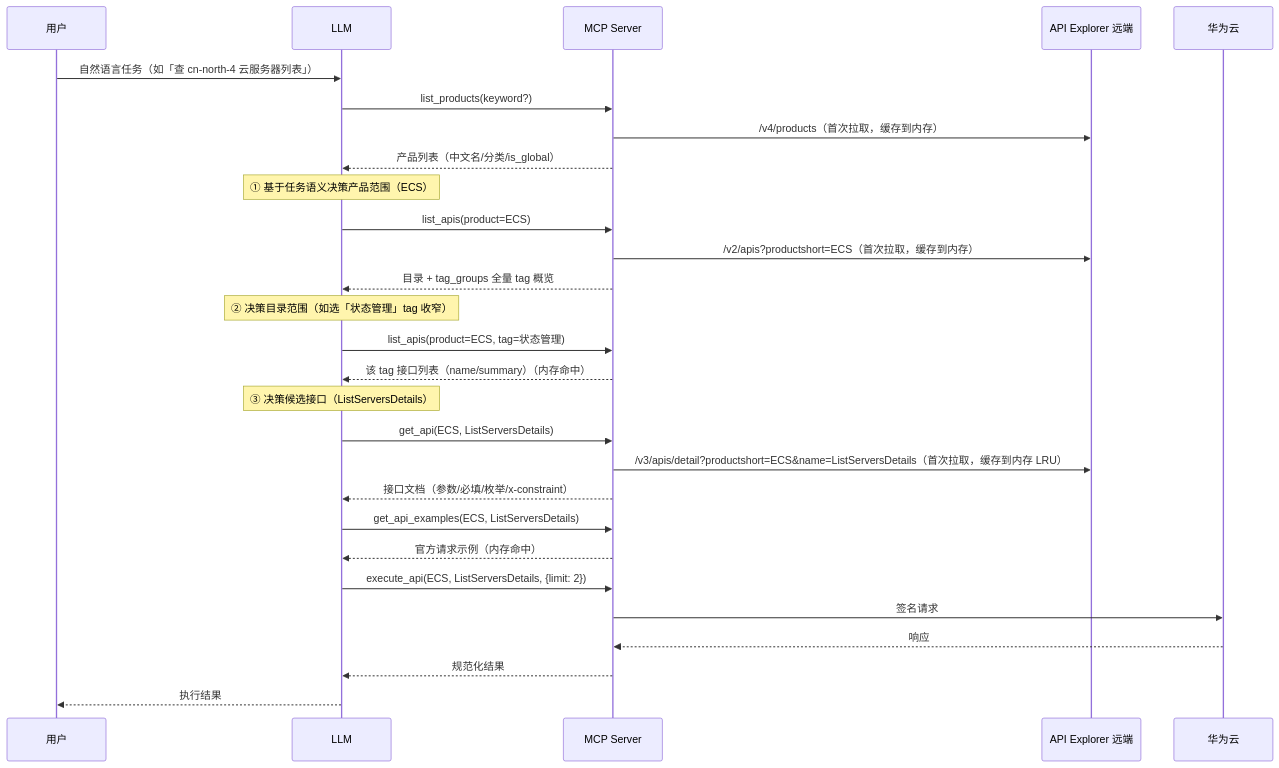
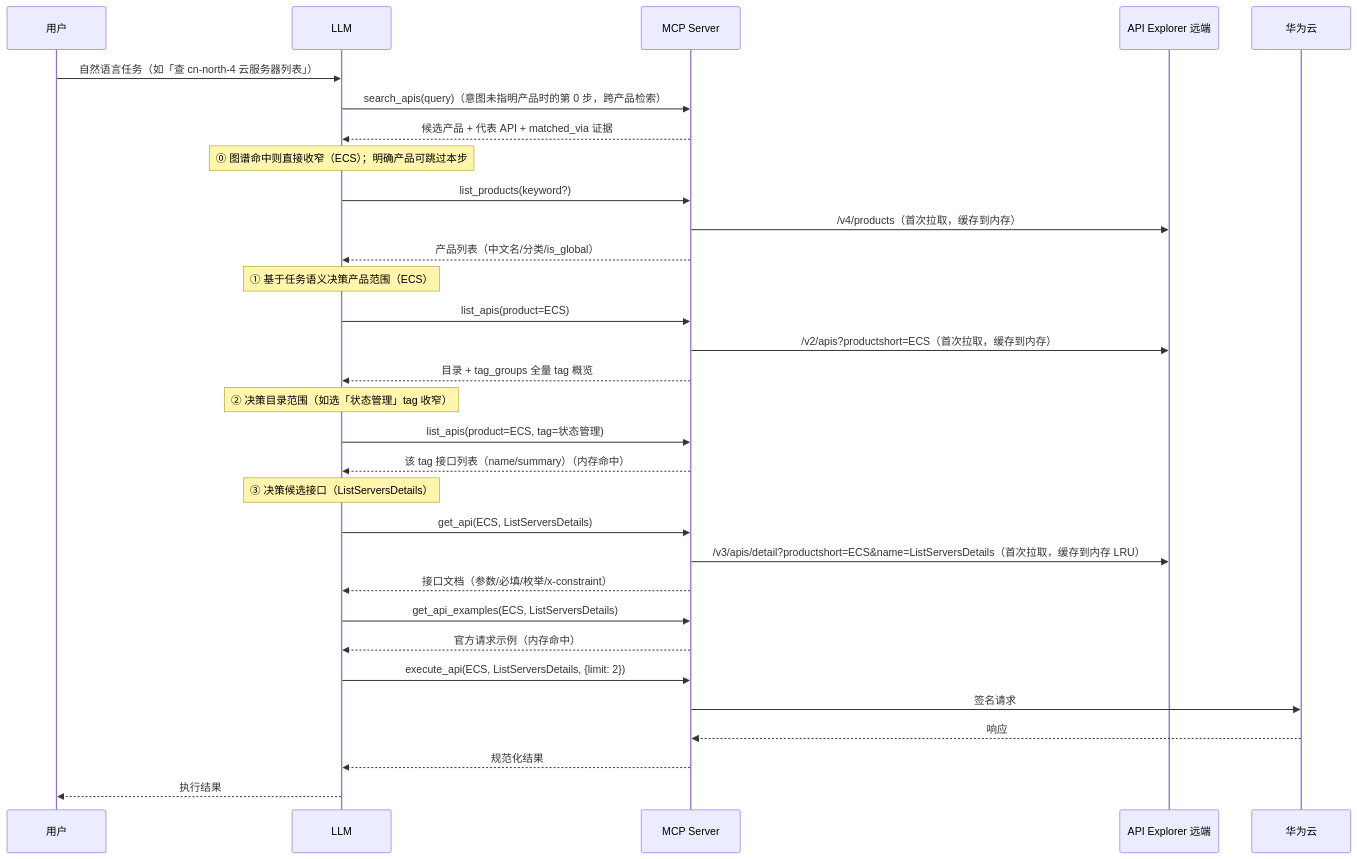
One commit to huaweicloud-mate/huaweicloud-open-mcp changed the first of 6 diagrams in docs/mcp-openapi.md. Above: the diagram before and after it, drawn with Mermaid. The commit also changed other lines of this file and 13 other files, not shown here.

````diff
--- a/docs/mcp-openapi.md
+++ b/docs/mcp-openapi.md
@@ -17,31 +17,34 @@
 ```mermaid
 sequenceDiagram
     participant U as 用户
     participant L as LLM
     participant M as MCP Server
     participant C as API Explorer 远端
     participant H as 华为云
 
     U->>L: 自然语言任务（如「查 cn-north-4 云服务器列表」）
+    L->>M: search_apis(query)（意图未指明产品时的第 0 步，跨产品检索）
+    M-->>L: 候选产品 + 代表 API + matched_via 证据
+    Note over L: ⓪ 图谱命中则直接收窄（ECS）；明确产品可跳过本步
     L->>M: list_products(keyword?)
     M->>C: /v4/products（首次拉取，缓存到内存）
     M-->>L: 产品列表（中文名/分类/is_global）
     Note over L: ① 基于任务语义决策产品范围（ECS）
     L->>M: list_apis(product=ECS)
     M->>C: /v2/apis?productshort=ECS（首次拉取，缓存到内存）
     M-->>L: 目录 + tag_groups 全量 tag 概览
     Note over L: ② 决策目录范围（如选「状态管理」tag 收窄）
     L->>M: list_apis(product=ECS, tag=状态管理)
     M-->>L: 该 tag 接口列表（name/summary）（内存命中）
     Note over L: ③ 决策候选接口（ListServersDetails）
     L->>M: get_api(ECS, ListServersDetails)
     M->>C: /v3/apis/detail?productshort=ECS&name=ListServersDetails（首次拉取，缓存到内存 LRU）
     M-->>L: 接口文档（参数/必填/枚举/x-constraint）
     L->>M: get_api_examples(ECS, ListServersDetails)
     M-->>L: 官方请求示例（内存命中）
     L->>M: execute_api(ECS, ListServersDetails, {limit: 2})
     M->>H: 签名请求
     H-->>M: 响应
     M-->>L: 规范化结果
     L-->>U: 执行结果
 ```
````
